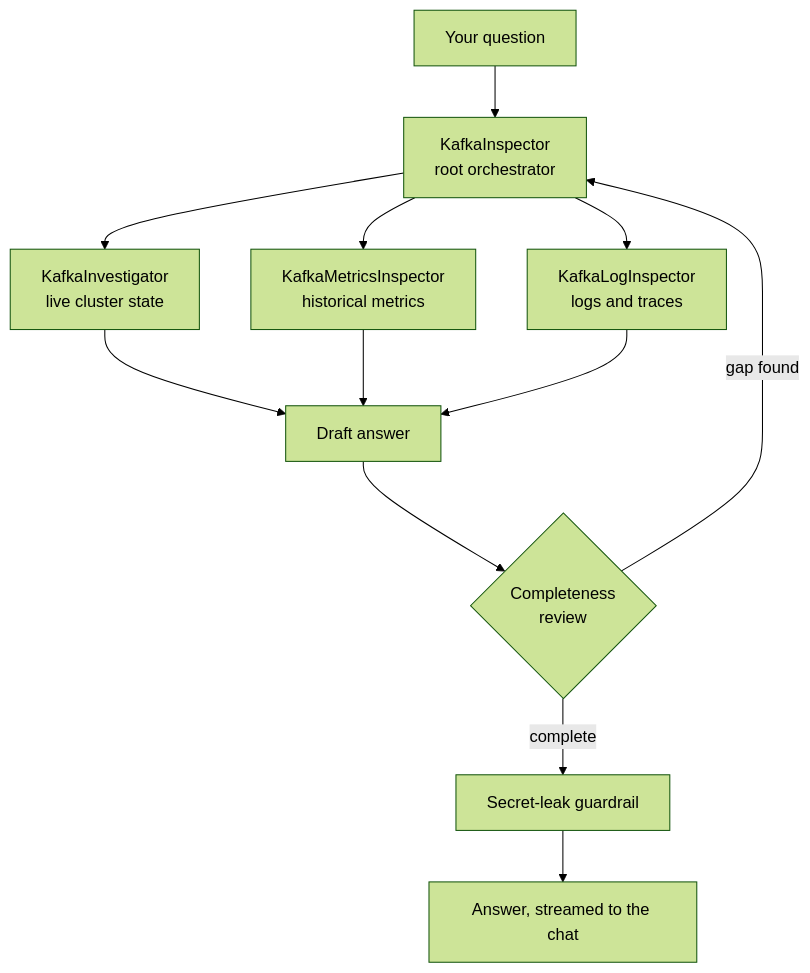
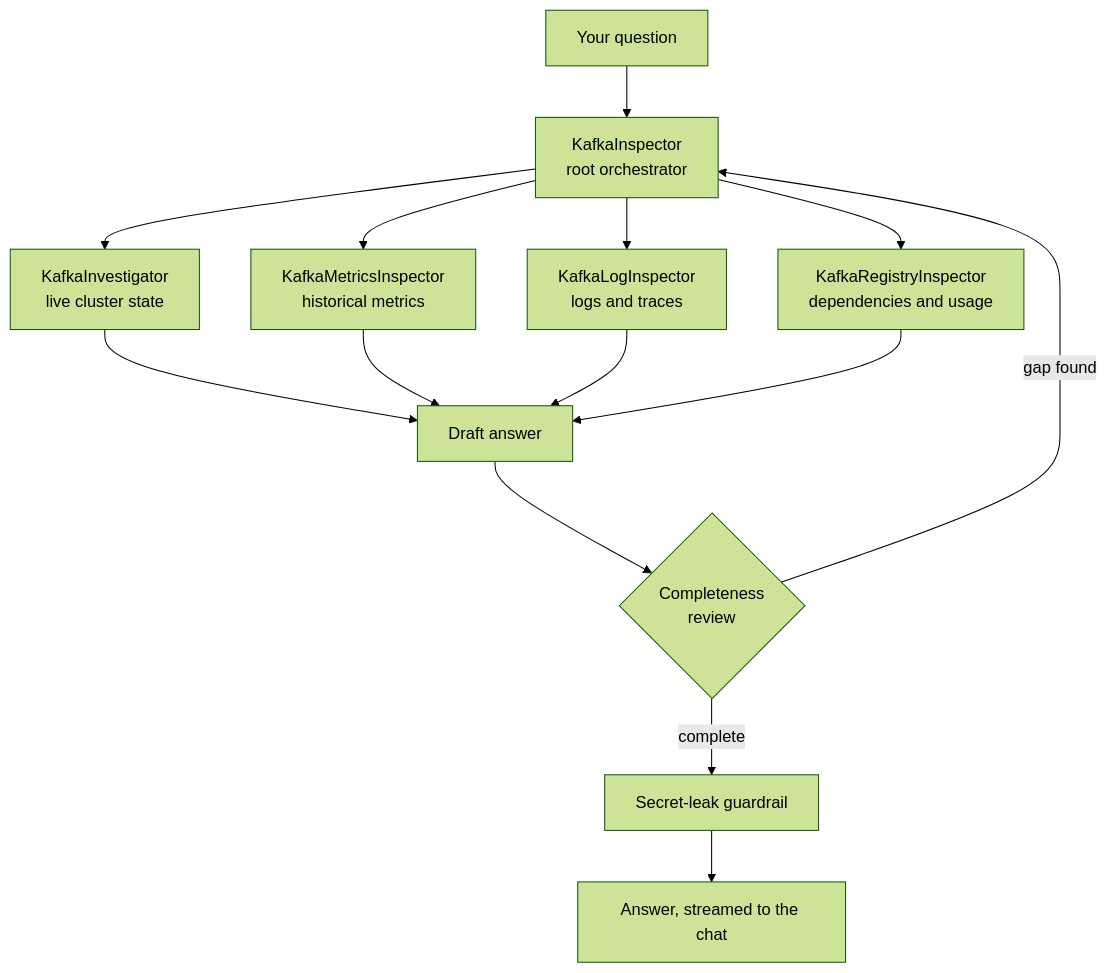
The diagram in README.md (mdkouki/KafkaTower), drawn with Mermaid (forest theme) before and after one commit. The commit also changed other lines of this file and 41 other files, not shown here.

````diff
--- a/README.md
+++ b/README.md
@@ -19,13 +19,15 @@
 ```mermaid
 flowchart TD
     Q[Your question] --> R[KafkaInspector<br/>root orchestrator]
     R --> K[KafkaInvestigator<br/>live cluster state]
     R --> M[KafkaMetricsInspector<br/>historical metrics]
     R --> L[KafkaLogInspector<br/>logs and traces]
+    R --> REG[KafkaRegistryInspector<br/>dependencies and usage]
     K --> A[Draft answer]
     M --> A
     L --> A
+    REG --> A
     A --> C{Completeness<br/>review}
     C -- gap found --> R
     C -- complete --> G[Secret-leak guardrail] --> Out[Answer, streamed to the chat]
 ```
````
